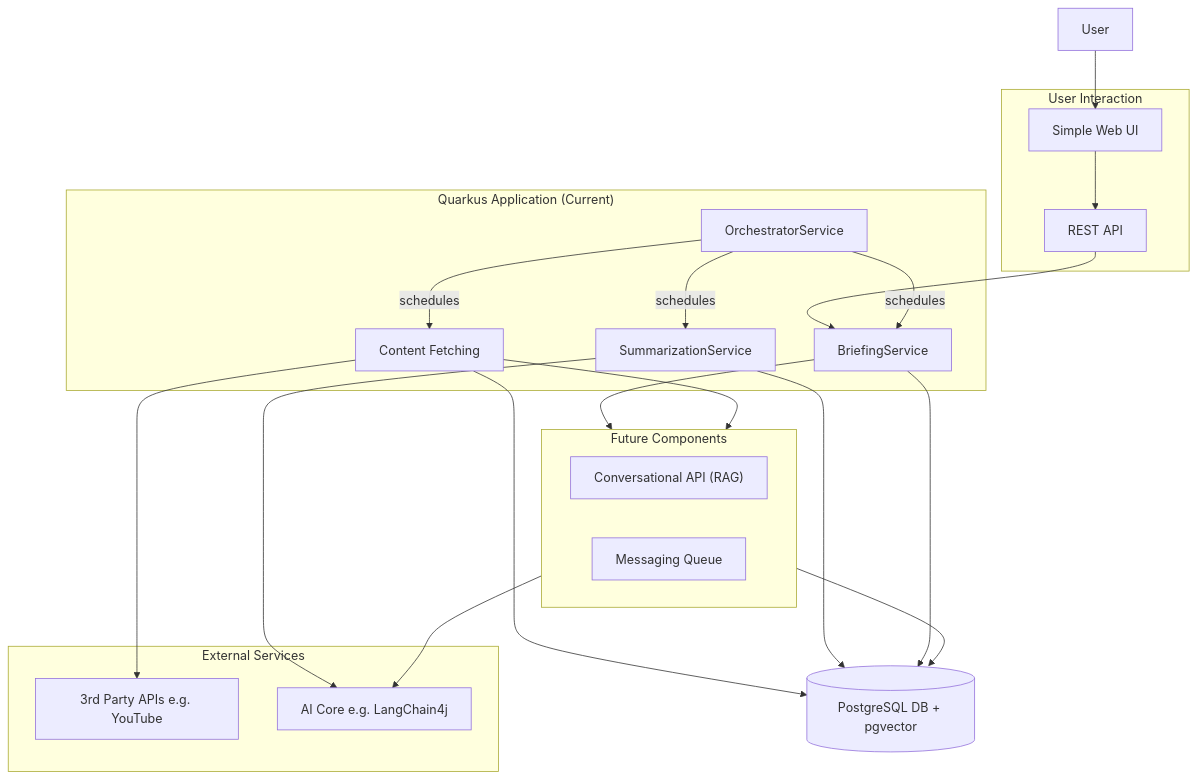
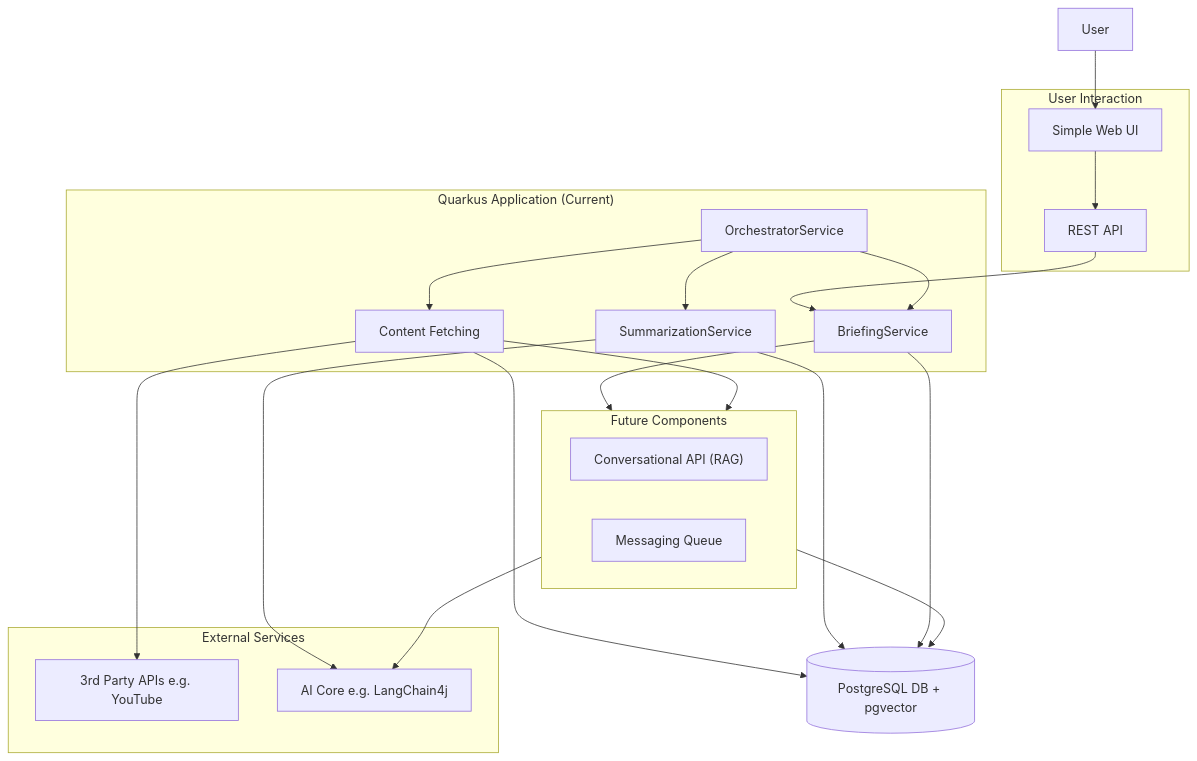
The diagram in docs/overview/specification.md (sjuresa/povzetkar), drawn with Mermaid before and after one commit. The commit also changed 2 other files, not shown here.

Commit message:
docs: update and fix documentation

````diff
--- a/docs/overview/specification.md
+++ b/docs/overview/specification.md
@@ -18,44 +18,44 @@
 ```mermaid
 graph TD
     subgraph "User Interaction"
         UI[Simple Web UI]
         API[REST API]
     end
 
     subgraph "Quarkus Application (Current)"
         Orchestrator[OrchestratorService]
         ContentFetcher[Content Fetching]
         Summarizer[SummarizationService]
         BriefingGen[BriefingService]
     end
 
     subgraph "Future Components"
         direction LR
         RAG_API["Conversational API (RAG)"]
         MSG_QUEUE["Messaging Queue"]
     end
 
     subgraph "External Services"
         ExtAPI[3rd Party APIs e.g. YouTube]
         GenAI[AI Core e.g. LangChain4j]
     end
 
     DB[(PostgreSQL DB + pgvector)]
 
     User --> UI
     UI --> API
     API --> BriefingGen
-    Orchestrator -- schedules --> ContentFetcher
-    Orchestrator -- schedules --> Summarizer
-    Orchestrator -- schedules --> BriefingGen
+    Orchestrator --> ContentFetcher
+    Orchestrator --> Summarizer
+    Orchestrator --> BriefingGen
     ContentFetcher --> ExtAPI
     ContentFetcher --> DB
     Summarizer --> GenAI
     Summarizer --> DB
     BriefingGen --> DB
 
     BriefingGen --> RAG_API
     RAG_API --> GenAI
     RAG_API --> DB
     ContentFetcher --> MSG_QUEUE
 ```
````
